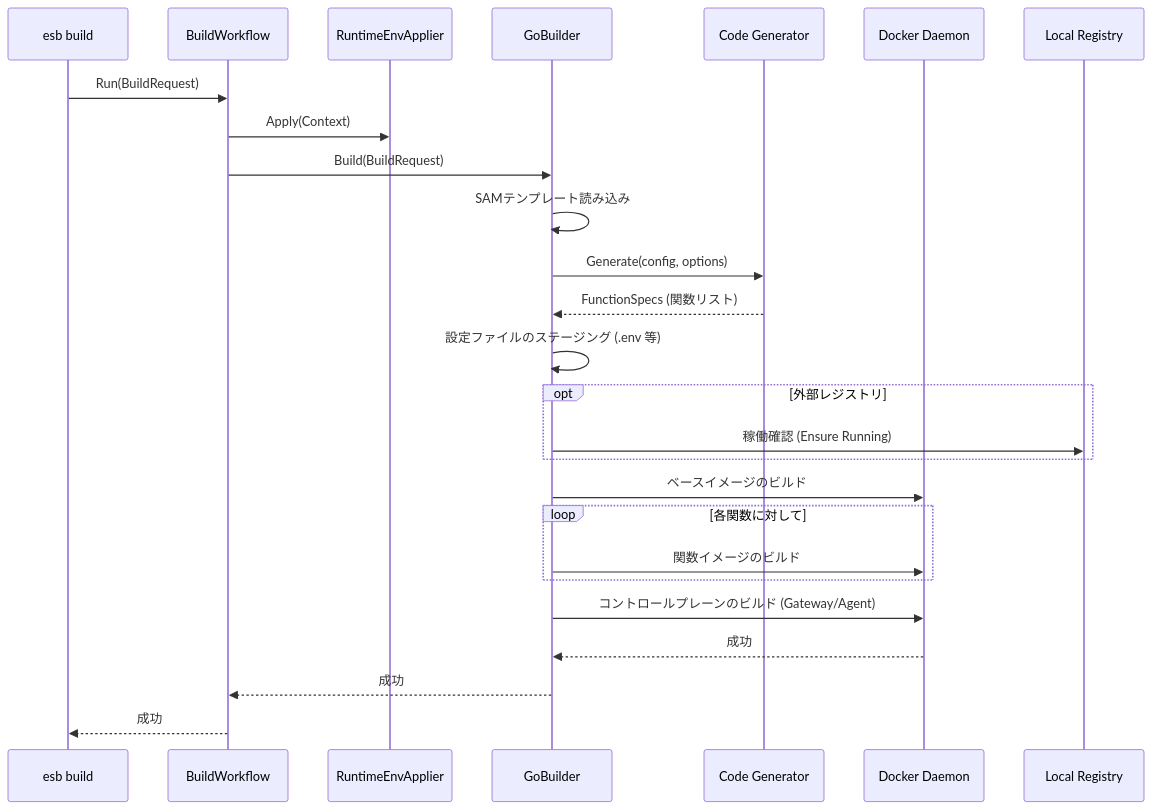
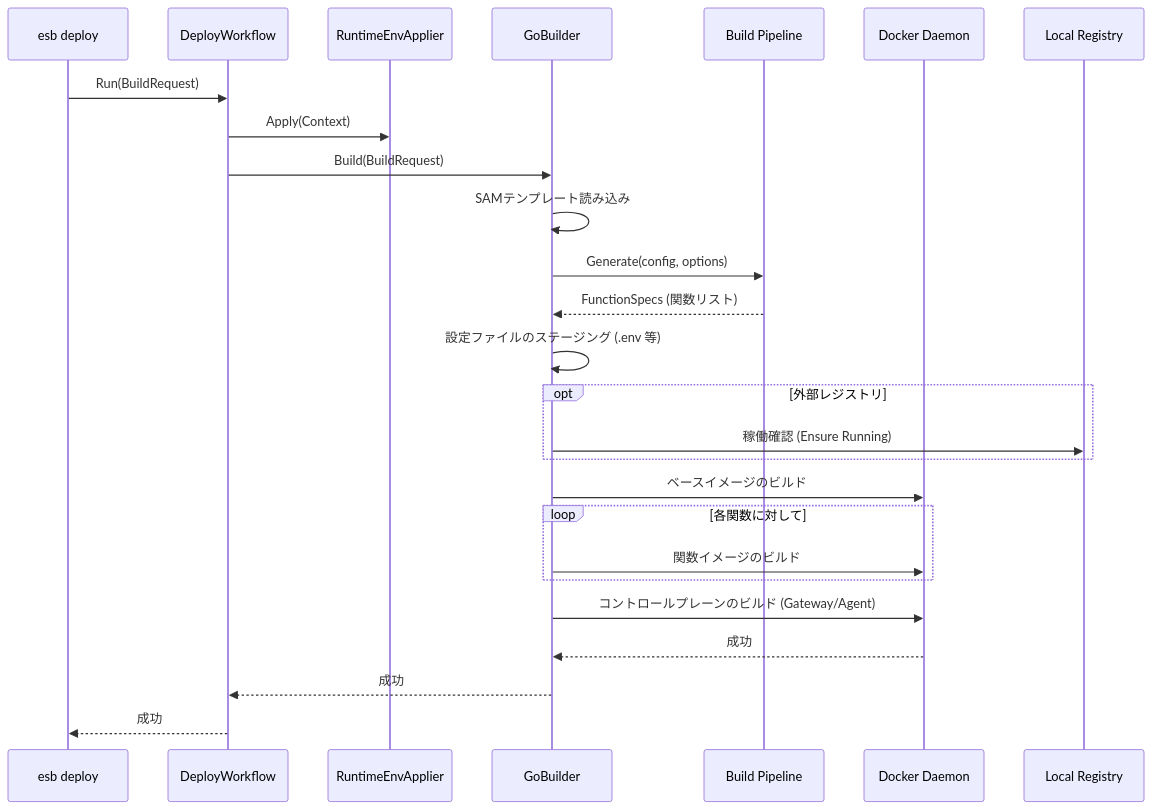
Before and after one commit to poruru-code/esb-cli: the diagram in docs/build.md, drawn with Mermaid. The commit also changed other lines of this file and 92 other files, not shown here.

Commit message:
CLI: 生成/ビルド分割 / CLI: split build pipeline

````diff
--- a/docs/build.md
+++ b/docs/build.md
@@ -58,35 +44,35 @@
 ```mermaid
 sequenceDiagram
-    participant CLI as esb build
-    participant WF as BuildWorkflow
+    participant CLI as esb deploy
+    participant WF as DeployWorkflow
     participant Env as RuntimeEnvApplier
     participant Builder as GoBuilder
-    participant Generator as Code Generator
+    participant Generator as Build Pipeline
     participant Docker as Docker Daemon
     participant Registry as Local Registry
 
     CLI->>WF: Run(BuildRequest)
     WF->>Env: Apply(Context)
     WF->>Builder: Build(BuildRequest)
     Builder->>Builder: SAMテンプレート読み込み
     Builder->>Generator: Generate(config, options)
     Generator-->>Builder: FunctionSpecs (関数リスト)
 
     Builder->>Builder: 設定ファイルのステージング (.env 等)
 
     opt 外部レジストリ
         Builder->>Registry: 稼働確認 (Ensure Running)
     end
 
     Builder->>Docker: ベースイメージのビルド
 
     loop 各関数に対して
         Builder->>Docker: 関数イメージのビルド
     end
 
     Builder->>Docker: コントロールプレーンのビルド (Gateway/Agent)
 
     Docker-->>Builder: 成功
     Builder-->>WF: 成功
     WF-->>CLI: 成功
 ```
````
